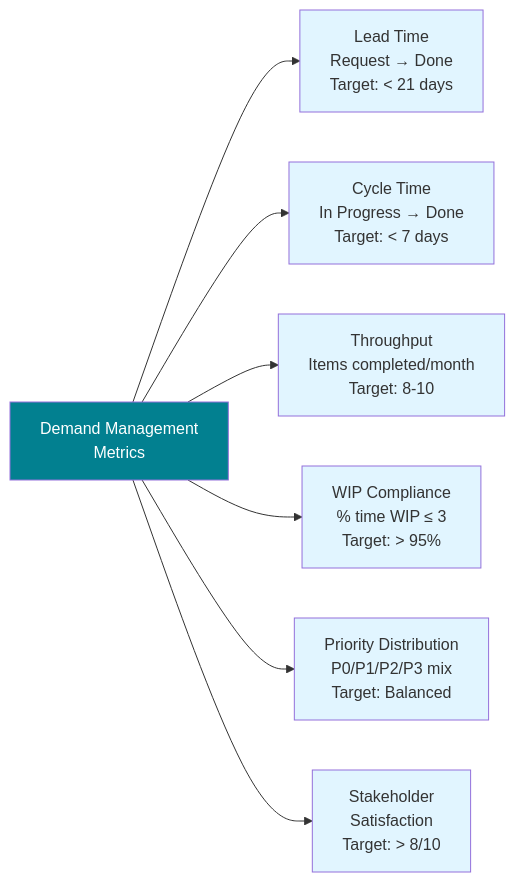
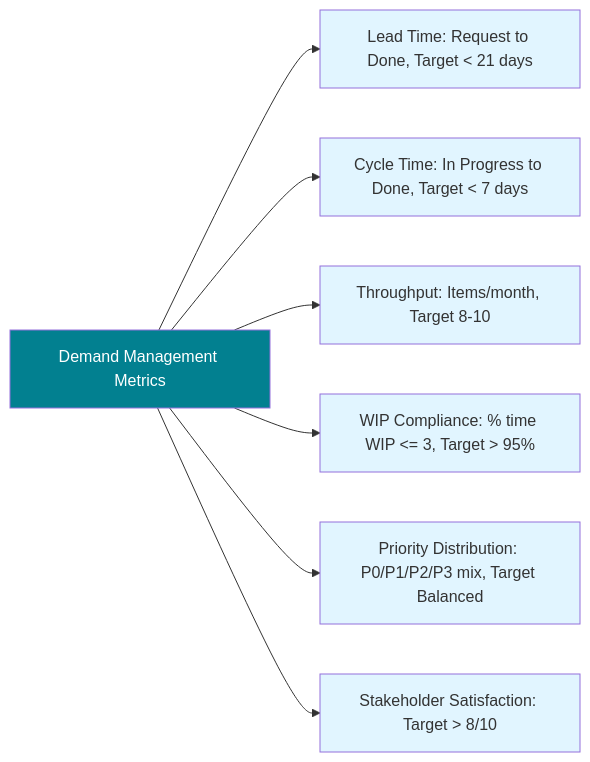
One commit to Nebiath/Architecture-design-documentation changed the ninth of 10 diagrams in docs/ejemplo/01-global/demand-management/diagrams/demand-management-diagrams.md. Above: the diagram before and after it, drawn with Mermaid. The commit also changed other lines of this file, not shown here.

Commit message:
Mermaid rendering inconsistencies.

````diff
--- a/docs/ejemplo/01-global/demand-management/diagrams/demand-management-diagrams.md
+++ b/docs/ejemplo/01-global/demand-management/diagrams/demand-management-diagrams.md
@@ -481,22 +482,22 @@
 ```mermaid
 graph LR
-    A[Demand Management<br/>Metrics] --> B[Lead Time<br/>Request → Done<br/>Target: < 21 days]
+    A[Demand Management Metrics] --> B[Lead Time: Request to Done, Target < 21 days]
 
-    A --> C[Cycle Time<br/>In Progress → Done<br/>Target: < 7 days]
+    A --> C[Cycle Time: In Progress to Done, Target < 7 days]
 
-    A --> D[Throughput<br/>Items completed/month<br/>Target: 8-10]
+    A --> D[Throughput: Items/month, Target 8-10]
 
-    A --> E[WIP Compliance<br/>% time WIP ≤ 3<br/>Target: > 95%]
+    A --> E[WIP Compliance: % time WIP <= 3, Target > 95%]
 
-    A --> F[Priority Distribution<br/>P0/P1/P2/P3 mix<br/>Target: Balanced]
+    A --> F[Priority Distribution: P0/P1/P2/P3 mix, Target Balanced]
 
-    A --> G[Stakeholder<br/>Satisfaction<br/>Target: > 8/10]
+    A --> G[Stakeholder Satisfaction: Target > 8/10]
 
     style A fill:#028090,color:#fff
     style B fill:#e1f5ff
     style C fill:#e1f5ff
     style D fill:#e1f5ff
     style E fill:#e1f5ff
     style F fill:#e1f5ff
     style G fill:#e1f5ff
 ```
````
